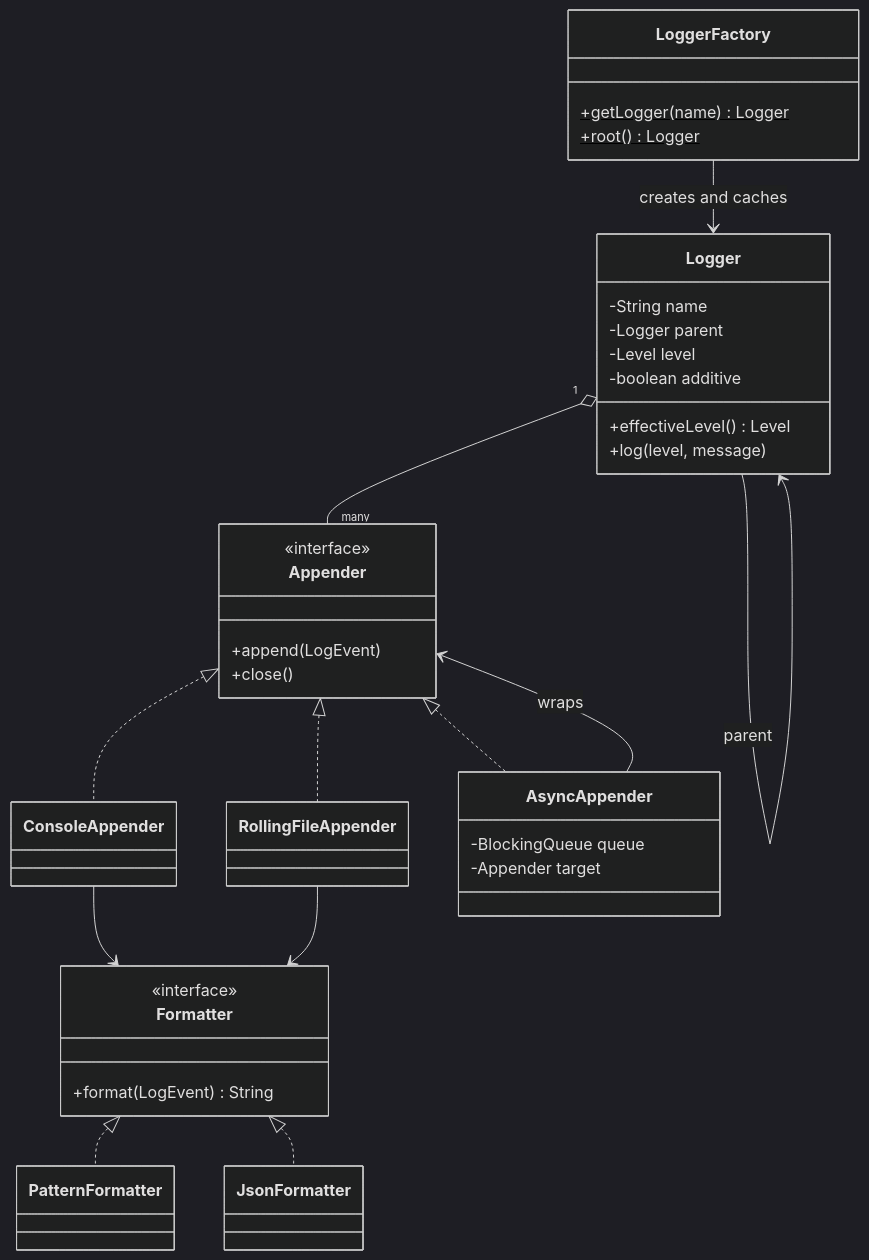
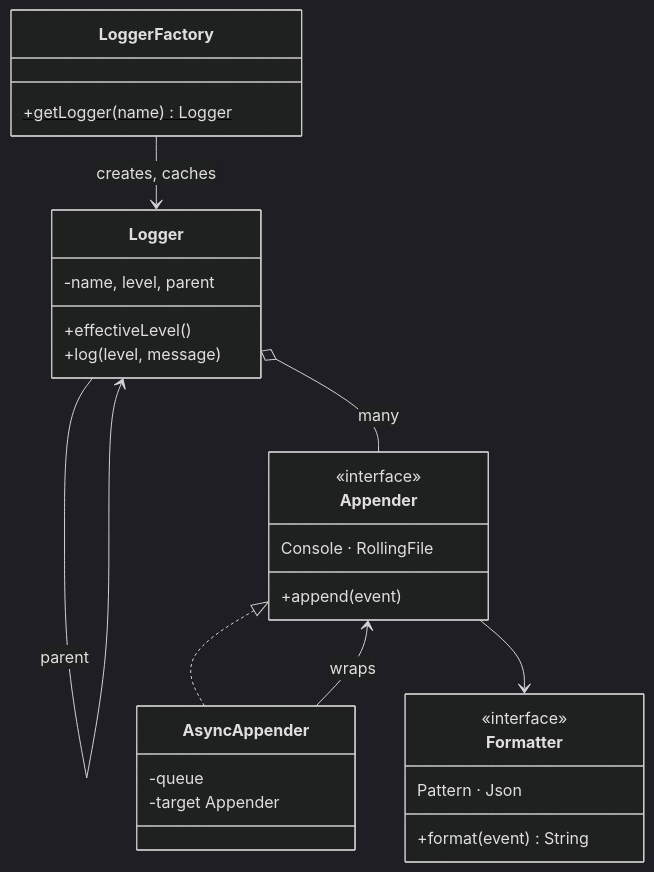
Before and after one commit to dhaval-76/engineering-field-guide: the diagram in src/content/topics/low-level-design/logging-framework/diagrams/logging-classes.mmd, drawn with Mermaid (dark theme). The commit also changed 90 other files, not shown here.

Commit message:
LLD diagrams: vertical layouts, collapsed families and trimmed members so class, state and ER diagrams fit phones

```diff
--- a/src/content/topics/low-level-design/logging-framework/diagrams/logging-classes.mmd
+++ b/src/content/topics/low-level-design/logging-framework/diagrams/logging-classes.mmd
@@ -1,41 +1,30 @@
 classDiagram
+  direction TB
   class LoggerFactory {
     +getLogger(name)$ Logger
-    +root()$ Logger
   }
   class Logger {
-    -String name
-    -Logger parent
-    -Level level
-    -boolean additive
-    +effectiveLevel() Level
+    -name, level, parent
+    +effectiveLevel()
     +log(level, message)
   }
   class Appender {
     <<interface>>
-    +append(LogEvent)
-    +close()
+    +append(event)
+    Console · RollingFile
+  }
+  class AsyncAppender {
+    -queue
+    -target Appender
   }
   class Formatter {
     <<interface>>
-    +format(LogEvent) String
+    +format(event) String
+    Pattern · Json
   }
-  class ConsoleAppender
-  class RollingFileAppender
-  class AsyncAppender {
-    -BlockingQueue queue
-    -Appender target
-  }
-  class PatternFormatter
-  class JsonFormatter
-  LoggerFactory --> Logger : creates and caches
+  LoggerFactory --> Logger : creates, caches
   Logger --> Logger : parent
-  Logger "1" o-- "many" Appender
-  Appender <|.. ConsoleAppender
-  Appender <|.. RollingFileAppender
+  Logger o-- Appender : many
   Appender <|.. AsyncAppender
   AsyncAppender --> Appender : wraps
-  ConsoleAppender --> Formatter
-  RollingFileAppender --> Formatter
-  Formatter <|.. PatternFormatter
-  Formatter <|.. JsonFormatter
+  Appender --> Formatter
```
